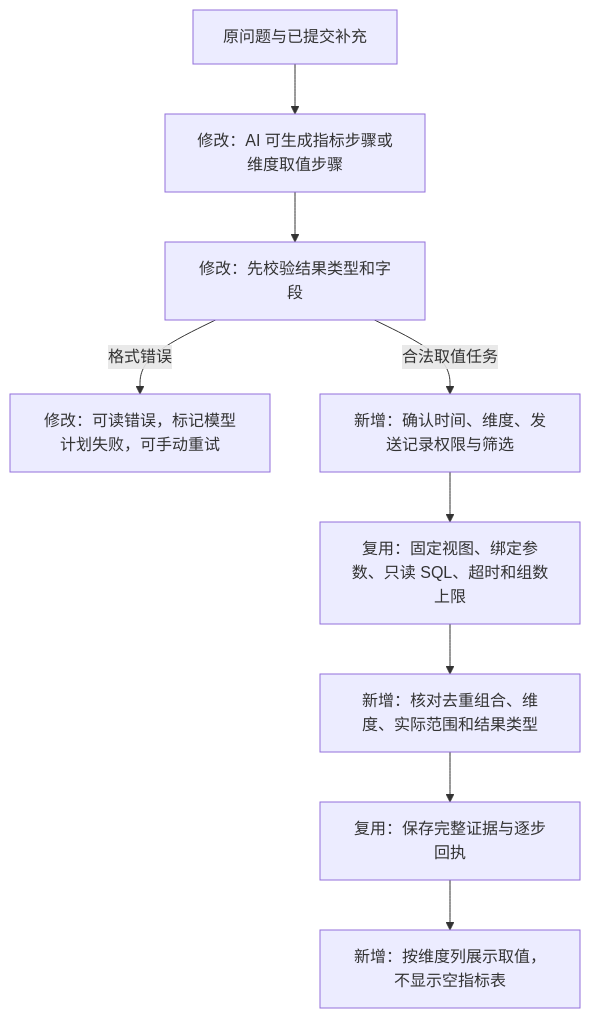
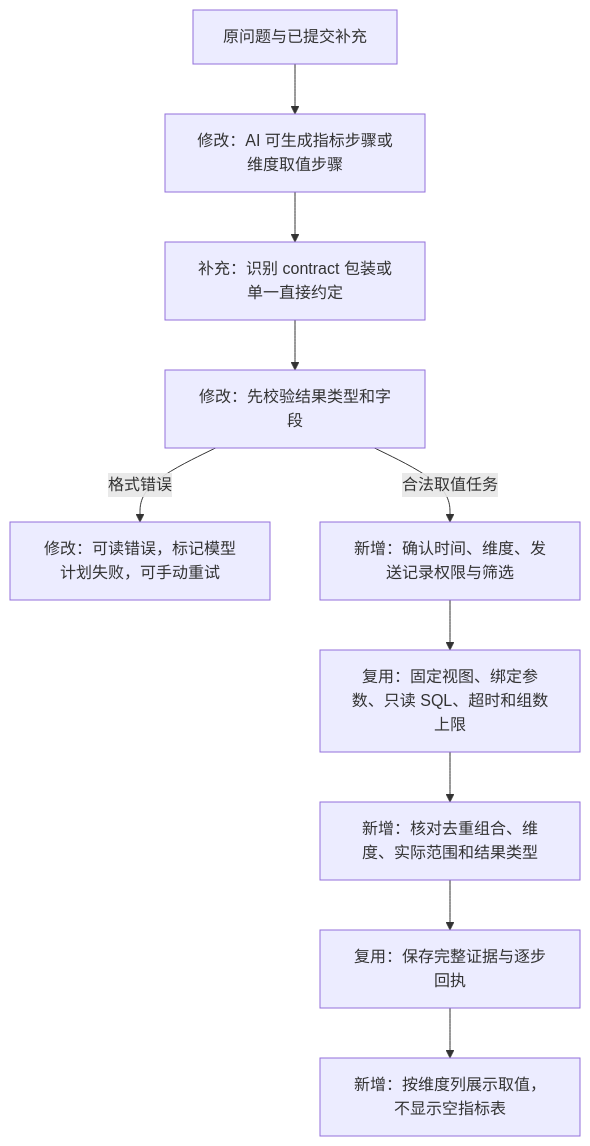
Before and after one commit to zjqylhy/nl2sql_agent: the diagram in docs/dimension-value-query.md, drawn with Mermaid. The commit also changed other lines of this file and 2 other files, not shown here.

Commit message:
fix: validate direct model task contracts through the existing execution guards

````diff
--- a/docs/dimension-value-query.md
+++ b/docs/dimension-value-query.md
@@ -15,11 +15,12 @@
 ```mermaid
 flowchart TD
   A[原问题与已提交补充] --> B[修改：AI 可生成指标步骤或维度取值步骤]
-  B --> C[修改：先校验结果类型和字段]
+  B --> N[补充：识别 contract 包装或单一直接约定]
+  N --> C[修改：先校验结果类型和字段]
   C -->|格式错误| D[修改：可读错误，标记模型计划失败，可手动重试]
   C -->|合法取值任务| E[新增：确认时间、维度、发送记录权限与筛选]
   E --> F[复用：固定视图、绑定参数、只读 SQL、超时和组数上限]
   F --> G[新增：核对去重组合、维度、实际范围和结果类型]
   G --> H[复用：保存完整证据与逐步回执]
   H --> I[新增：按维度列展示取值，不显示空指标表]
 ```
````
